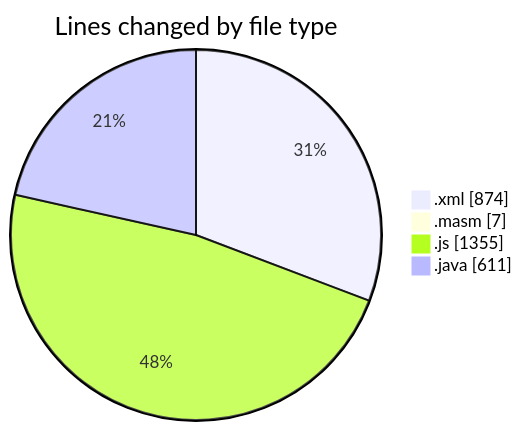
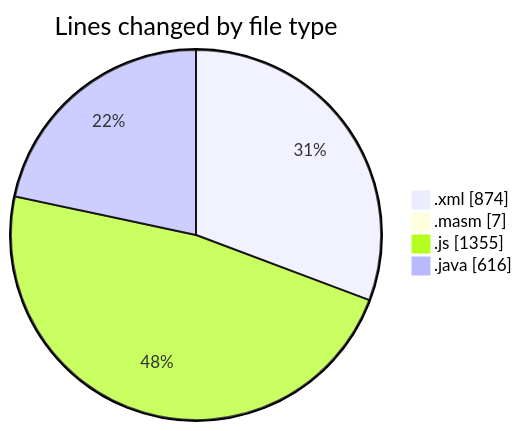
The first of 2 diagrams in 2025-03-11/jmasm/README.md (charlie-sans/code-tracking), drawn with Mermaid before and after one commit. The commit also changed other lines of this file and 1 other file, not shown here.

````diff
--- a/2025-03-11/jmasm/README.md
+++ b/2025-03-11/jmasm/README.md
@@ -26,8 +26,8 @@
 ```mermaid
 pie showData
 title Lines changed by file type
 ".xml" : 874
 ".masm" : 7
 ".js" : 1355
-".java" : 611
+".java" : 616
 ```
````
